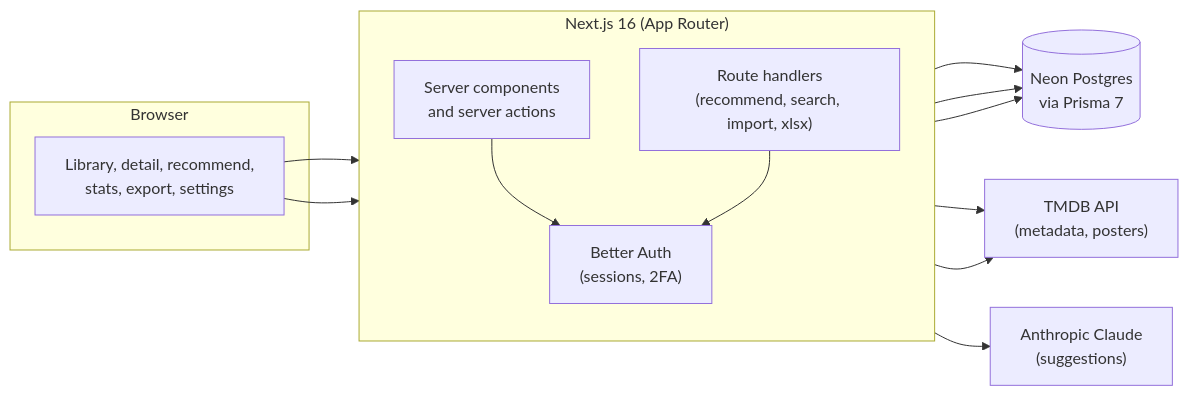
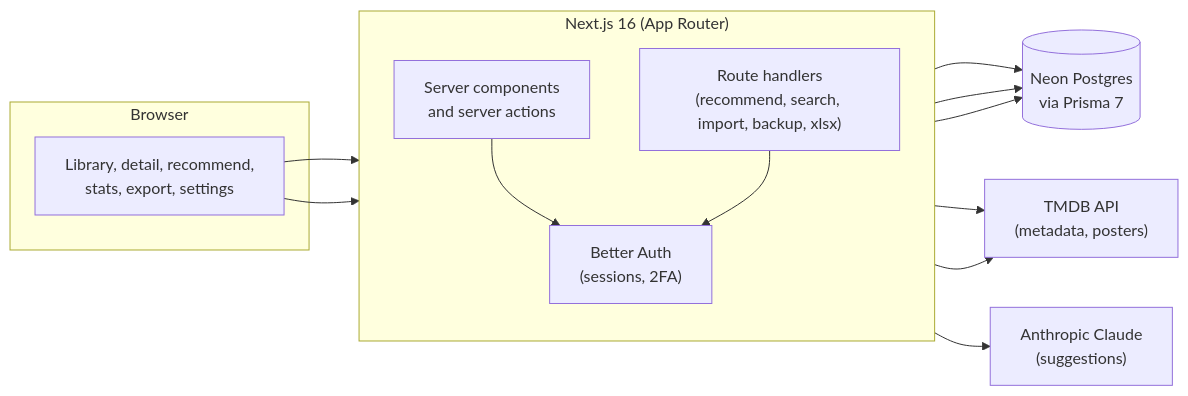
One commit to rsvptr/celluloid changed the second of 3 diagrams in README.md. Above: the diagram before and after it, drawn with Mermaid. The commit also changed other lines of this file and 102 other files, not shown here.

````diff
--- a/README.md
+++ b/README.md
@@ -216,26 +246,26 @@
 ```mermaid
 flowchart LR
     subgraph Browser
       UI["Library, detail, recommend,<br/>stats, export, settings"]
     end
     subgraph "Next.js 16 (App Router)"
       direction TB
       RSC["Server components<br/>and server actions"]
-      API["Route handlers<br/>(recommend, search, import, xlsx)"]
+      API["Route handlers<br/>(recommend, search, import, backup, xlsx)"]
       AUTH["Better Auth<br/>(sessions, 2FA)"]
     end
     DB[("Neon Postgres<br/>via Prisma 7")]
     TMDB["TMDB API<br/>(metadata, posters)"]
     CLAUDE["Anthropic Claude<br/>(suggestions)"]
 
     UI --> RSC
     UI --> API
     RSC --> DB
     API --> DB
     RSC --> AUTH
     API --> AUTH
     AUTH --> DB
     API --> TMDB
     RSC --> TMDB
     API --> CLAUDE
 ```
````
